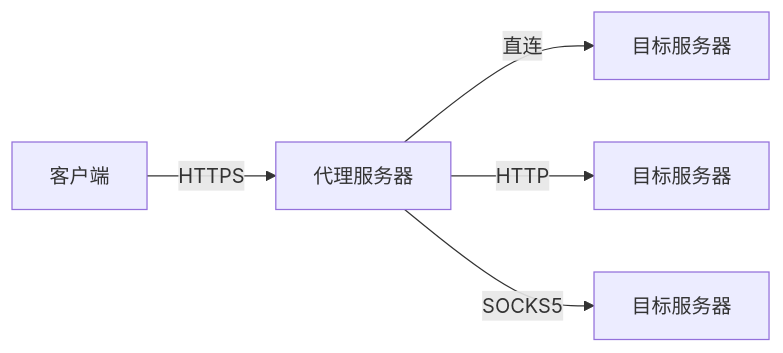
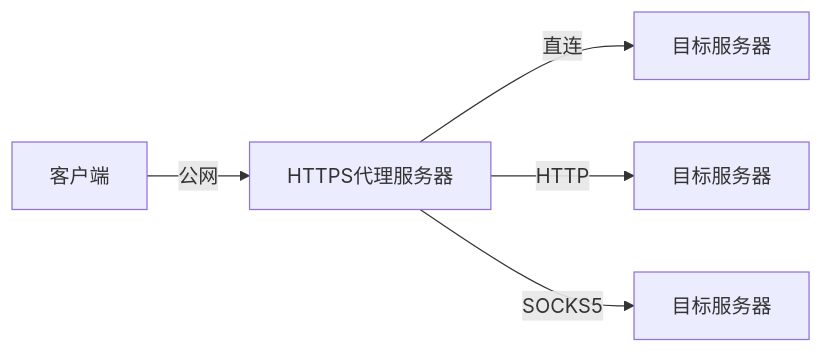
One commit to 117503445/https-proxy changed the first of 2 diagrams in README.md. Above: the diagram before and after it, drawn with Mermaid. The commit also changed other lines of this file, not shown here.

````diff
--- a/README.md
+++ b/README.md
@@ -10,7 +10,7 @@
 ```mermaid
 graph LR
-    A[客户端] -->|HTTPS| B[代理服务器]
+    A[客户端] -->|公网| B[HTTPS代理服务器]
     B -->|直连| C[目标服务器]
     B -->|HTTP| D[目标服务器]
     B -->|SOCKS5| E[目标服务器]
 ```
````
